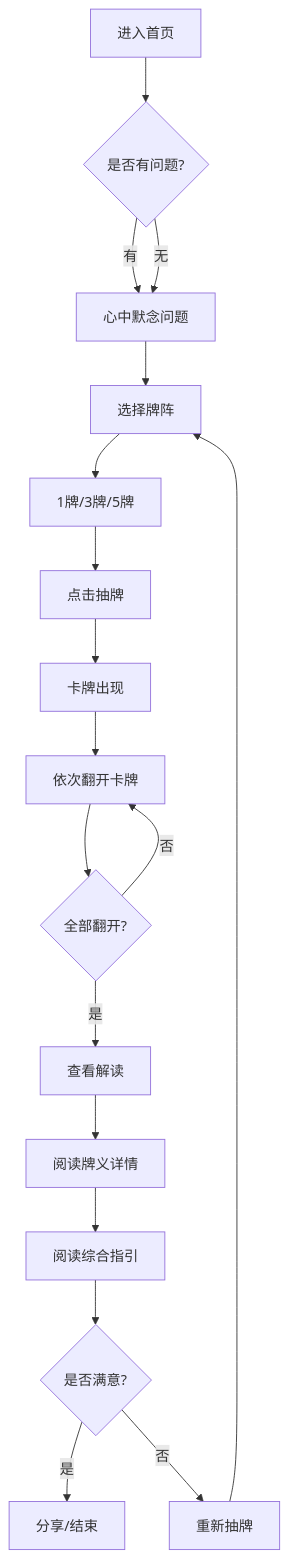
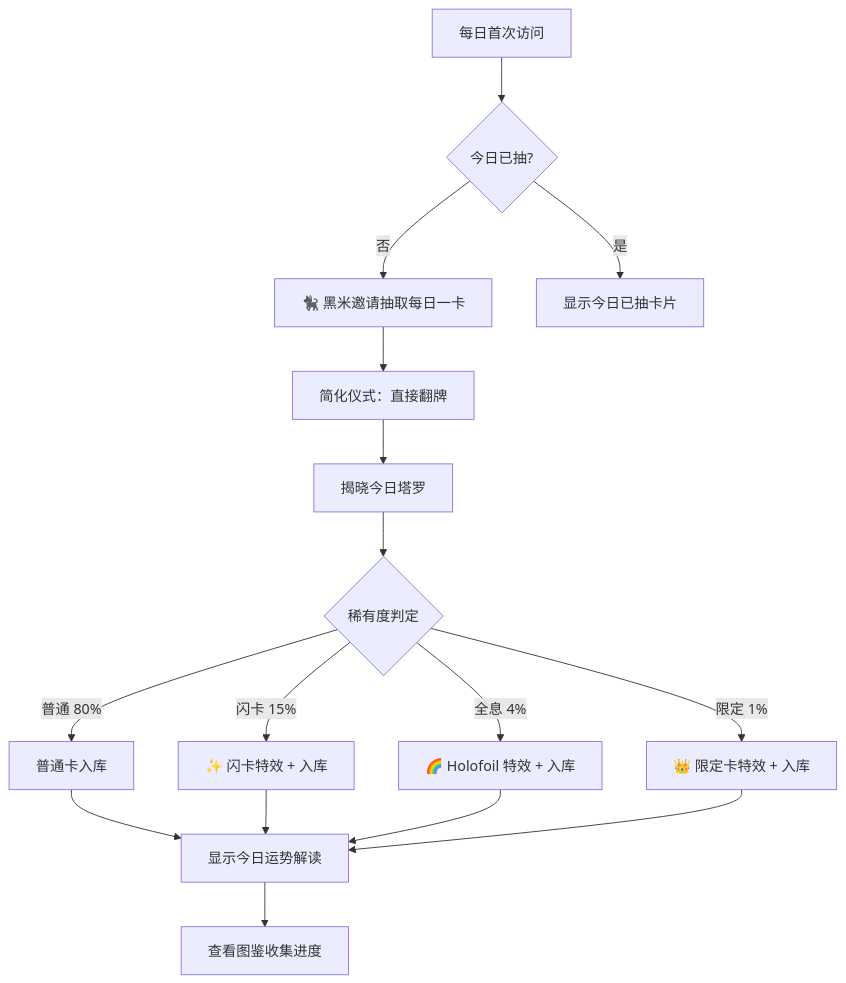
The fourth of 6 diagrams in docs/product/PRD.md (Yangiton/tarot), drawn with Mermaid before and after one commit. The commit also changed other lines of this file, not shown here.

````diff
--- a/docs/product/PRD.md
+++ b/docs/product/PRD.md
@@ -170,20 +337,18 @@
 ```mermaid
 flowchart TD
-    A[进入首页] --> B{是否有问题?}
-    B -->|有| C[心中默念问题]
-    B -->|无| C
-    C --> D[选择牌阵]
-    D --> E[1牌/3牌/5牌]
-    E --> F[点击抽牌]
-    F --> G[卡牌出现]
-    G --> H[依次翻开卡牌]
-    H --> I{全部翻开?}
-    I -->|否| H
-    I -->|是| J[查看解读]
-    J --> K[阅读牌义详情]
-    K --> L[阅读综合指引]
-    L --> M{是否满意?}
-    M -->|是| N[分享/结束]
-    M -->|否| O[重新抽牌]
-    O --> D
+    A[每日首次访问] --> B{今日已抽?}
+    B -->|否| C[🐈‍⬛ 黑米邀请抽取每日一卡]
+    C --> D[简化仪式：直接翻牌]
+    D --> E[揭晓今日塔罗]
+    E --> F{稀有度判定}
+    F -->|普通 80%| G[普通卡入库]
+    F -->|闪卡 15%| H[✨ 闪卡特效 + 入库]
+    F -->|全息 4%| I[🌈 Holofoil 特效 + 入库]
+    F -->|限定 1%| J[👑 限定卡特效 + 入库]
+    G --> K[显示今日运势解读]
+    H --> K
+    I --> K
+    J --> K
+    K --> L[查看图鉴收集进度]
+    B -->|是| M[显示今日已抽卡片]
 ```
````
